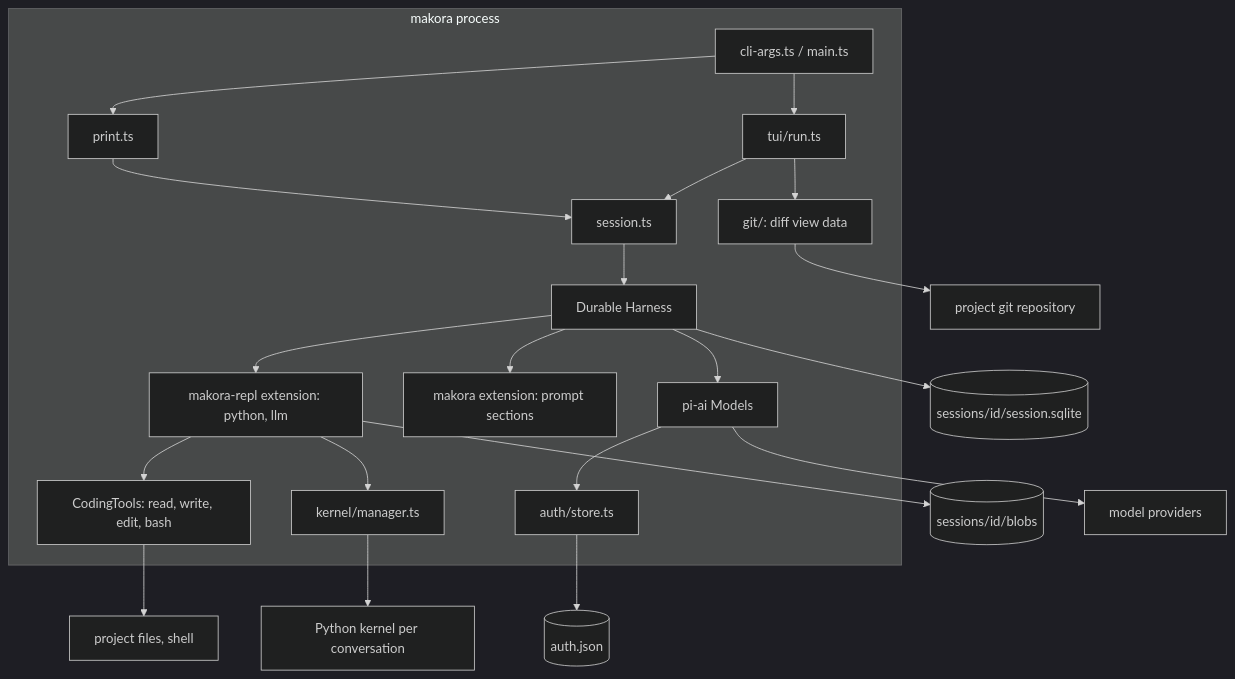
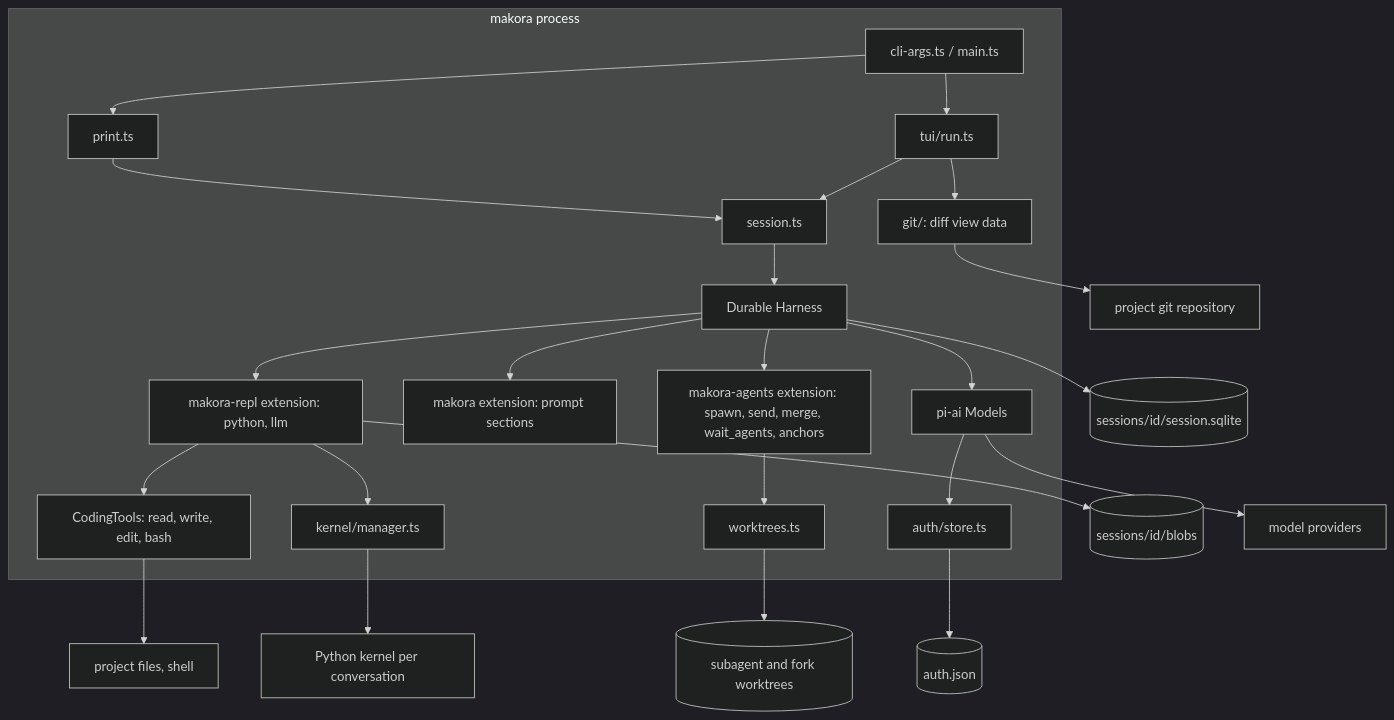
One commit to mr-jones123/makora changed the diagram in docs/architecture/overview.md. Above: the diagram before and after it, drawn with Mermaid (dark theme). The commit also changed other lines of this file and 17 other files, not shown here.

Commit message:
docs: makora subagents, the agents dashboard, and their decisions

````diff
--- a/docs/architecture/overview.md
+++ b/docs/architecture/overview.md
@@ -6,24 +6,27 @@
 ```mermaid
 flowchart TB
   subgraph process[makora process]
     CLI[cli-args.ts / main.ts] --> TUI[tui/run.ts]
     CLI --> PRINT[print.ts]
     TUI --> SESSION[session.ts]
     PRINT --> SESSION
     SESSION --> H[Durable Harness]
     H --> REPL[makora-repl extension: python, llm]
     H --> EXT[makora extension: prompt sections]
+    H --> AG[makora-agents extension: spawn, send, merge, wait_agents, anchors]
+    AG --> WTS[worktrees.ts]
     H --> MODELS[pi-ai Models]
     REPL --> TOOLS[CodingTools: read, write, edit, bash]
     REPL --> KM[kernel/manager.ts]
     MODELS --> AUTH[auth/store.ts]
     TUI --> GIT[git/: diff view data]
   end
   KM --> K[Python kernel per conversation]
   H --> DB[(sessions/id/session.sqlite)]
   REPL --> BLOBS[(sessions/id/blobs)]
   AUTH --> AJ[(auth.json)]
   TOOLS --> FS[project files, shell]
   GIT --> REPO[project git repository]
+  WTS --> WT[(subagent and fork worktrees)]
   MODELS --> API[model providers]
 ```
````
